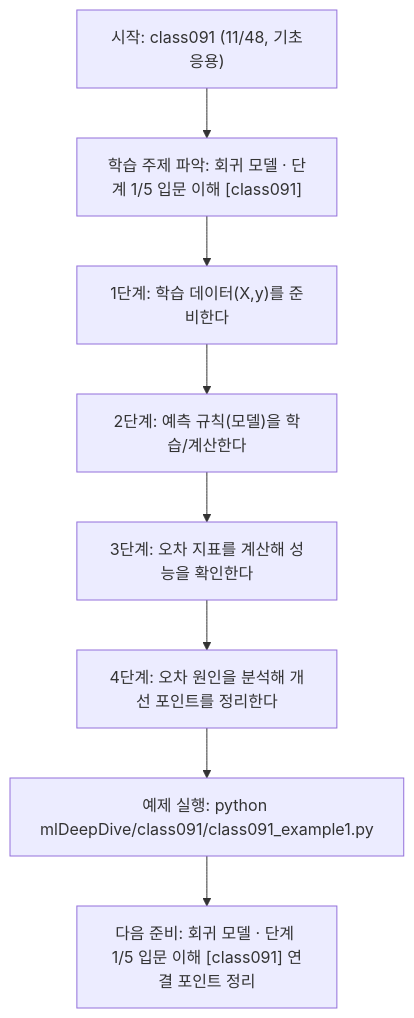
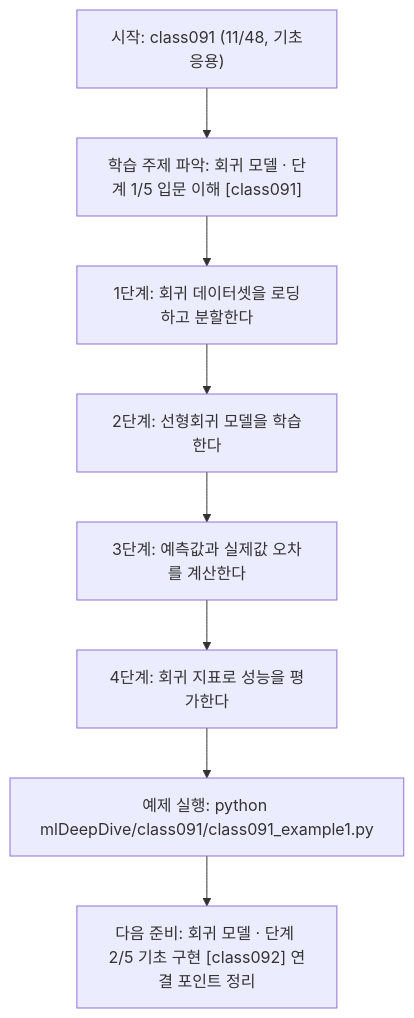
The diagram in mlDeepDive/class091/class091.md (edumgt/Python-AI_Agent-Class), drawn with Mermaid before and after one commit. The commit also changed other lines of this file and 338 other files, not shown here.

````diff
--- a/mlDeepDive/class091/class091.md
+++ b/mlDeepDive/class091/class091.md
@@ -109,18 +91,18 @@
 ```mermaid
 flowchart TD
 N1["시작: class091 (11/48, 기초응용)"]
 N2["학습 주제 파악: 회귀 모델 · 단계 1/5 입문 이해 [class091]"]
-N3["1단계: 학습 데이터(X,y)를 준비한다"]
-N4["2단계: 예측 규칙(모델)을 학습/계산한다"]
-N5["3단계: 오차 지표를 계산해 성능을 확인한다"]
-N6["4단계: 오차 원인을 분석해 개선 포인트를 정리한다"]
+N3["1단계: 회귀 데이터셋을 로딩하고 분할한다"]
+N4["2단계: 선형회귀 모델을 학습한다"]
+N5["3단계: 예측값과 실제값 오차를 계산한다"]
+N6["4단계: 회귀 지표로 성능을 평가한다"]
 N7["예제 실행: python mlDeepDive/class091/class091_example1.py"]
-N8["다음 준비: 회귀 모델 · 단계 1/5 입문 이해 [class091] 연결 포인트 정리"]
+N8["다음 준비: 회귀 모델 · 단계 2/5 기초 구현 [class092] 연결 포인트 정리"]
 N1 --> N2
 N2 --> N3
 N3 --> N4
 N4 --> N5
 N5 --> N6
 N6 --> N7
 N7 --> N8
 ```
````
